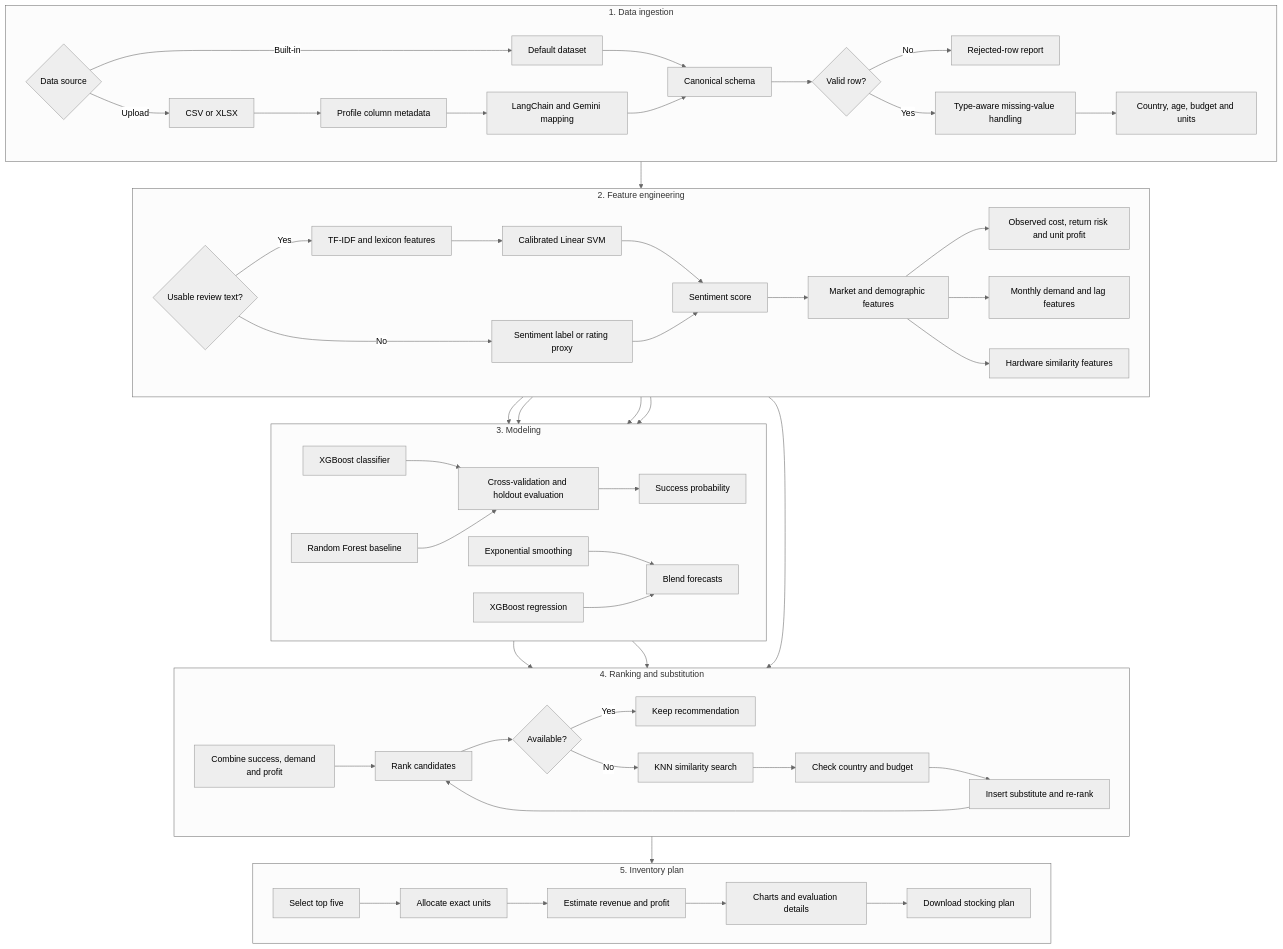
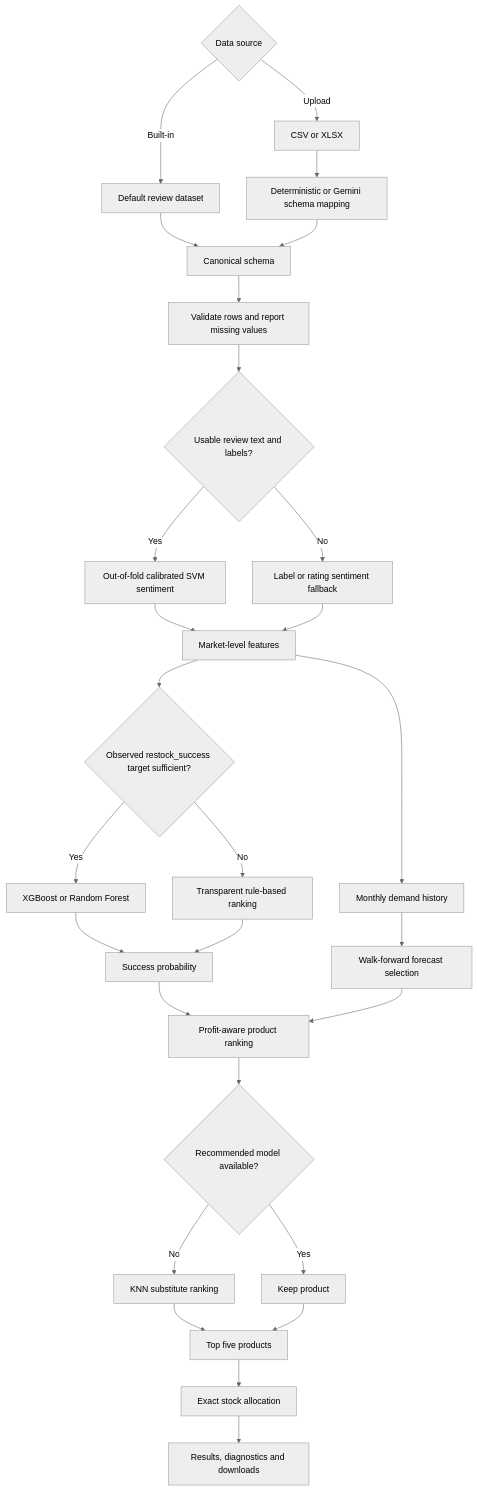
Before and after one commit to sameerkumar01/ML_restocking_tool: the diagram in README.md, drawn with Mermaid (neutral theme). The commit also changed other lines of this file, not shown here.

````diff
--- a/README.md
+++ b/README.md
@@ -26,68 +22,30 @@
 ```mermaid
 flowchart TB
-    subgraph INPUT["1. Data ingestion"]
-        direction LR
-        A{Data source} -->|Built-in| B[Default dataset]
-        A -->|Upload| C[CSV or XLSX]
-        C --> D[Profile column metadata]
-        D --> E[LangChain and Gemini mapping]
-        B --> F[Canonical schema]
-        E --> F
-        F --> G{Valid row?}
-        G -->|No| H[Rejected-row report]
-        G -->|Yes| I[Type-aware missing-value handling]
-        I --> J[Country, age, budget and units]
-    end
-
-    subgraph FEATURES["2. Feature engineering"]
-        direction LR
-        K{Usable review text?}
-        K -->|Yes| L[TF-IDF and lexicon features]
-        L --> M[Calibrated Linear SVM]
-        K -->|No| N[Sentiment label or rating proxy]
-        M --> O[Sentiment score]
-        N --> O
-        O --> P[Market and demographic features]
-        P --> Q[Observed cost, return risk and unit profit]
-        P --> R[Monthly demand and lag features]
-        P --> S[Hardware similarity features]
-    end
-
-    subgraph MODELS["3. Modeling"]
-        direction LR
-        Q --> T[XGBoost classifier]
-        Q --> U[Random Forest baseline]
-        T --> V[Cross-validation and holdout evaluation]
-        U --> V
-        V --> W[Success probability]
-        R --> X[Exponential smoothing]
-        R --> Y[XGBoost regression]
-        X --> Z[Blend forecasts]
-        Y --> Z
-    end
-
-    subgraph SUBSTITUTE["4. Ranking and substitution"]
-        direction LR
-        W --> AA[Combine success, demand and profit]
-        Z --> AA
-        AA --> AB[Rank candidates]
-        AB --> AC{Available?}
-        AC -->|Yes| AD[Keep recommendation]
-        AC -->|No| AE[KNN similarity search]
-        S --> AE
-        AE --> AF[Check country and budget]
-        AF --> AG[Insert substitute and re-rank]
-        AG --> AB
-    end
-
-    subgraph OUTPUT["5. Inventory plan"]
-        direction LR
-        AH[Select top five] --> AI[Allocate exact units]
-        AI --> AJ[Estimate revenue and profit]
-        AJ --> AK[Charts and evaluation details]
-        AK --> AL[Download stocking plan]
-    end
-
-    J --> K
-    AD --> AH
+    A{Data source} -->|Built-in| B[Default review dataset]
+    A -->|Upload| C[CSV or XLSX]
+    C --> D[Deterministic or Gemini schema mapping]
+    B --> E[Canonical schema]
+    D --> E
+    E --> F[Validate rows and report missing values]
+    F --> G{Usable review text and labels?}
+    G -->|Yes| H[Out-of-fold calibrated SVM sentiment]
+    G -->|No| I[Label or rating sentiment fallback]
+    H --> J[Market-level features]
+    I --> J
+    J --> K{Observed restock_success target sufficient?}
+    K -->|Yes| L[XGBoost or Random Forest]
+    K -->|No| M[Transparent rule-based ranking]
+    L --> N[Success probability]
+    M --> N
+    J --> O[Monthly demand history]
+    O --> P[Walk-forward forecast selection]
+    N --> Q[Profit-aware product ranking]
+    P --> Q
+    Q --> R{Recommended model available?}
+    R -->|No| S[KNN substitute ranking]
+    R -->|Yes| T[Keep product]
+    S --> U[Top five products]
+    T --> U
+    U --> V[Exact stock allocation]
+    V --> W[Results, diagnostics and downloads]
 ```
````
